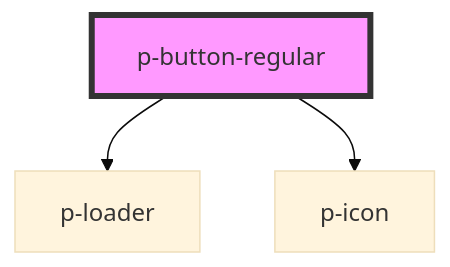
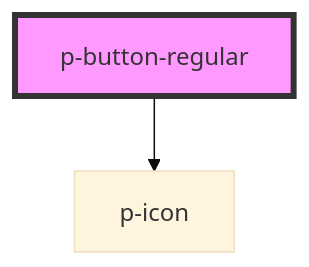
Before and after one commit to porsche-design-system/porsche-design-system: the diagram in packages/ui-kit-js/src/components/action/button-regular/readme.md, drawn with Mermaid (base theme). The commit also changed other lines of this file and 10 other files, not shown here.

````diff
--- a/packages/ui-kit-js/src/components/action/button-regular/readme.md
+++ b/packages/ui-kit-js/src/components/action/button-regular/readme.md
@@ -39,6 +38,5 @@
 ```mermaid
 graph TD;
-  p-button-regular --> p-loader
   p-button-regular --> p-icon
   style p-button-regular fill:#f9f,stroke:#333,stroke-width:4px
 ```
````
